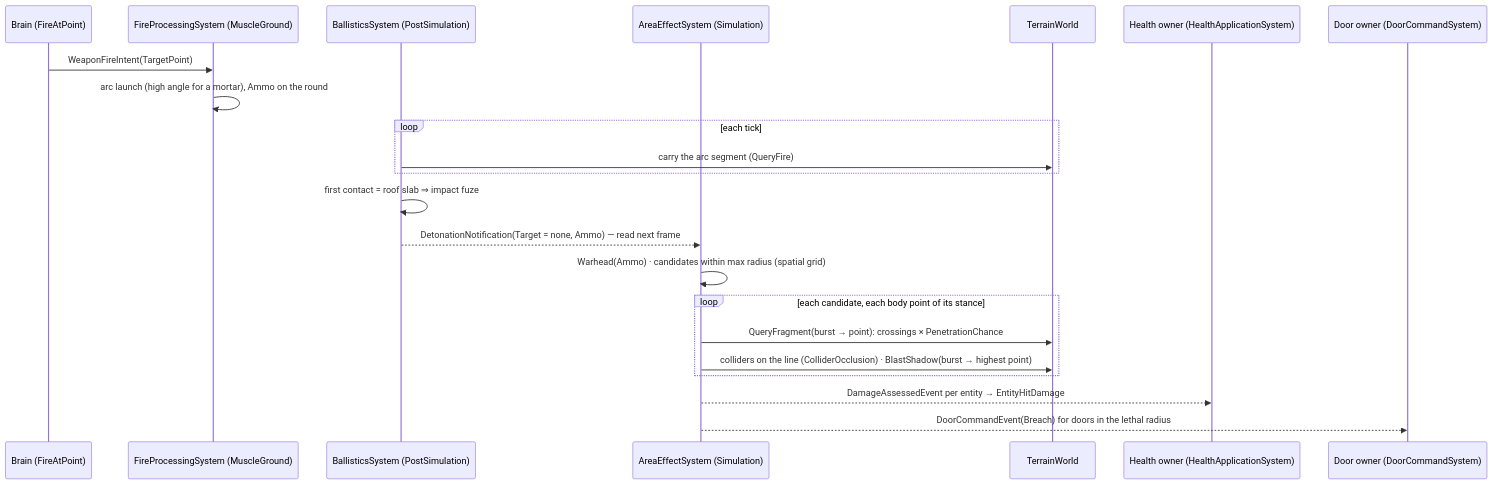
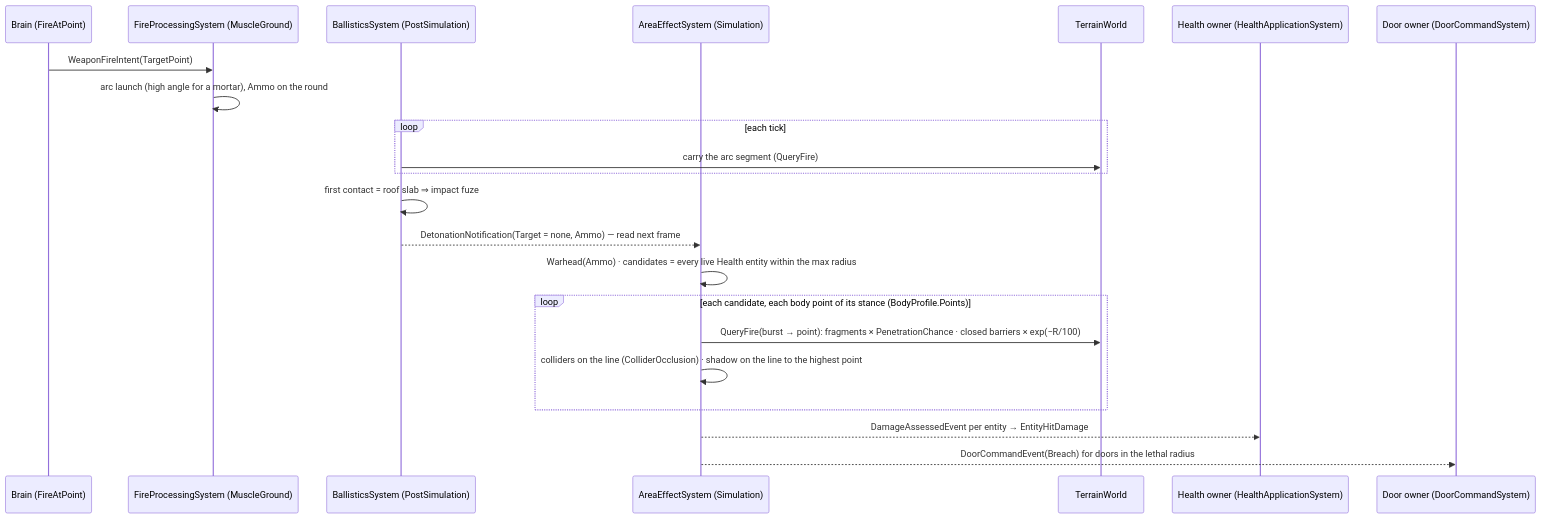
Diagram 29 of 31 in docs/DESIGN_Building_Interiors.md (pjanec/HROT), drawn with Mermaid before and after one commit. The commit also changed other lines of this file and 60 other files, not shown here.

````diff
--- a/docs/DESIGN_Building_Interiors.md
+++ b/docs/DESIGN_Building_Interiors.md
@@ -1181,24 +1190,24 @@
 ```mermaid
 sequenceDiagram
     participant B as Brain (FireAtPoint)
     participant F as FireProcessingSystem (MuscleGround)
     participant K as BallisticsSystem (PostSimulation)
     participant A as AreaEffectSystem (Simulation)
     participant T as TerrainWorld
     participant O as Health owner (HealthApplicationSystem)
     participant D as Door owner (DoorCommandSystem)
     B->>F: WeaponFireIntent(TargetPoint)
     F->>F: arc launch (high angle for a mortar), Ammo on the round
     loop each tick
         K->>T: carry the arc segment (QueryFire)
     end
     K->>K: first contact = roof slab ⇒ impact fuze
     K-->>A: DetonationNotification(Target = none, Ammo) — read next frame
-    A->>A: Warhead(Ammo) · candidates within max radius (spatial grid)
-    loop each candidate, each body point of its stance
-        A->>T: QueryFragment(burst → point): crossings × PenetrationChance
-        A->>T: colliders on the line (ColliderOcclusion) · BlastShadow(burst → highest point)
+    A->>A: Warhead(Ammo) · candidates = every live Health entity within the max radius
+    loop each candidate, each body point of its stance (BodyProfile.Points)
+        A->>T: QueryFire(burst → point): fragments × PenetrationChance · closed barriers × exp(−R/100)
+        A->>A: colliders on the line (ColliderOcclusion) · shadow on the line to the highest point
     end
     A-->>O: DamageAssessedEvent per entity → EntityHitDamage
     A-->>D: DoorCommandEvent(Breach) for doors in the lethal radius
 ```
````
